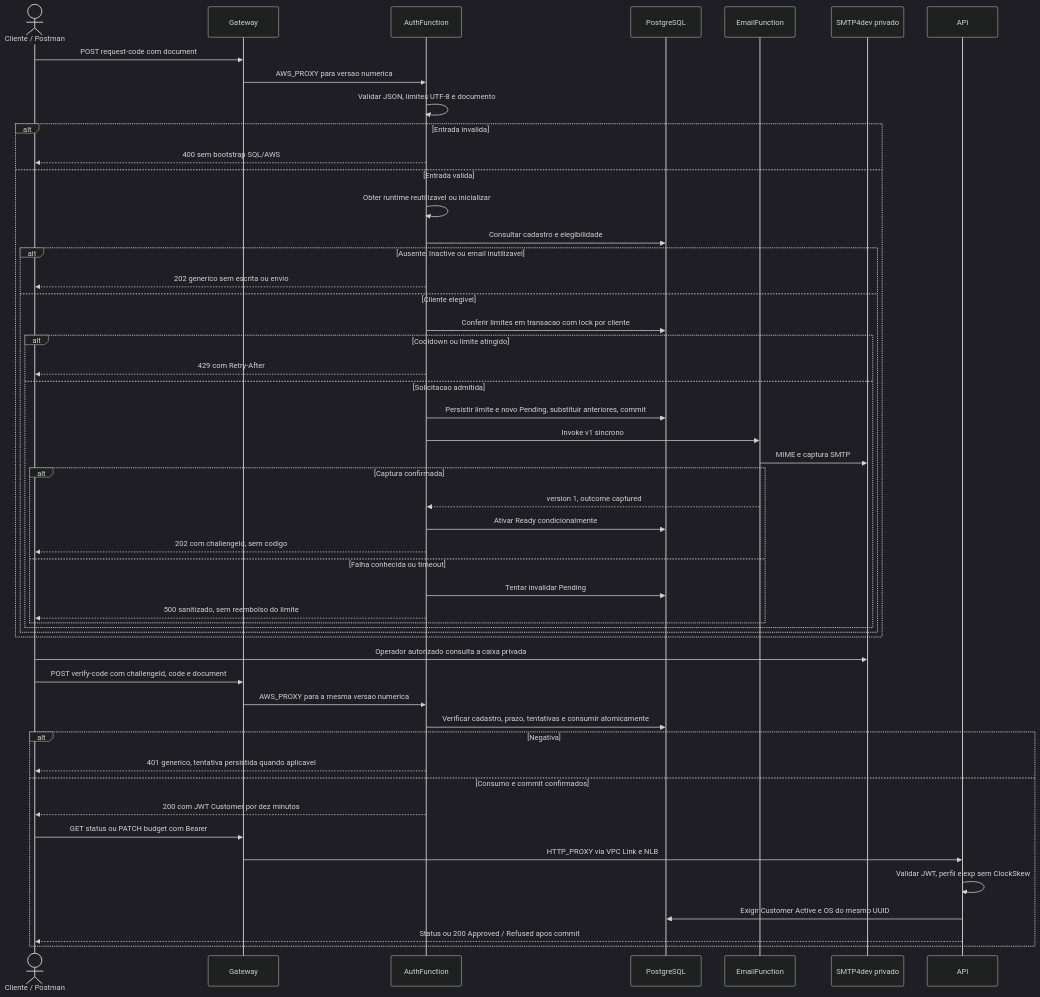
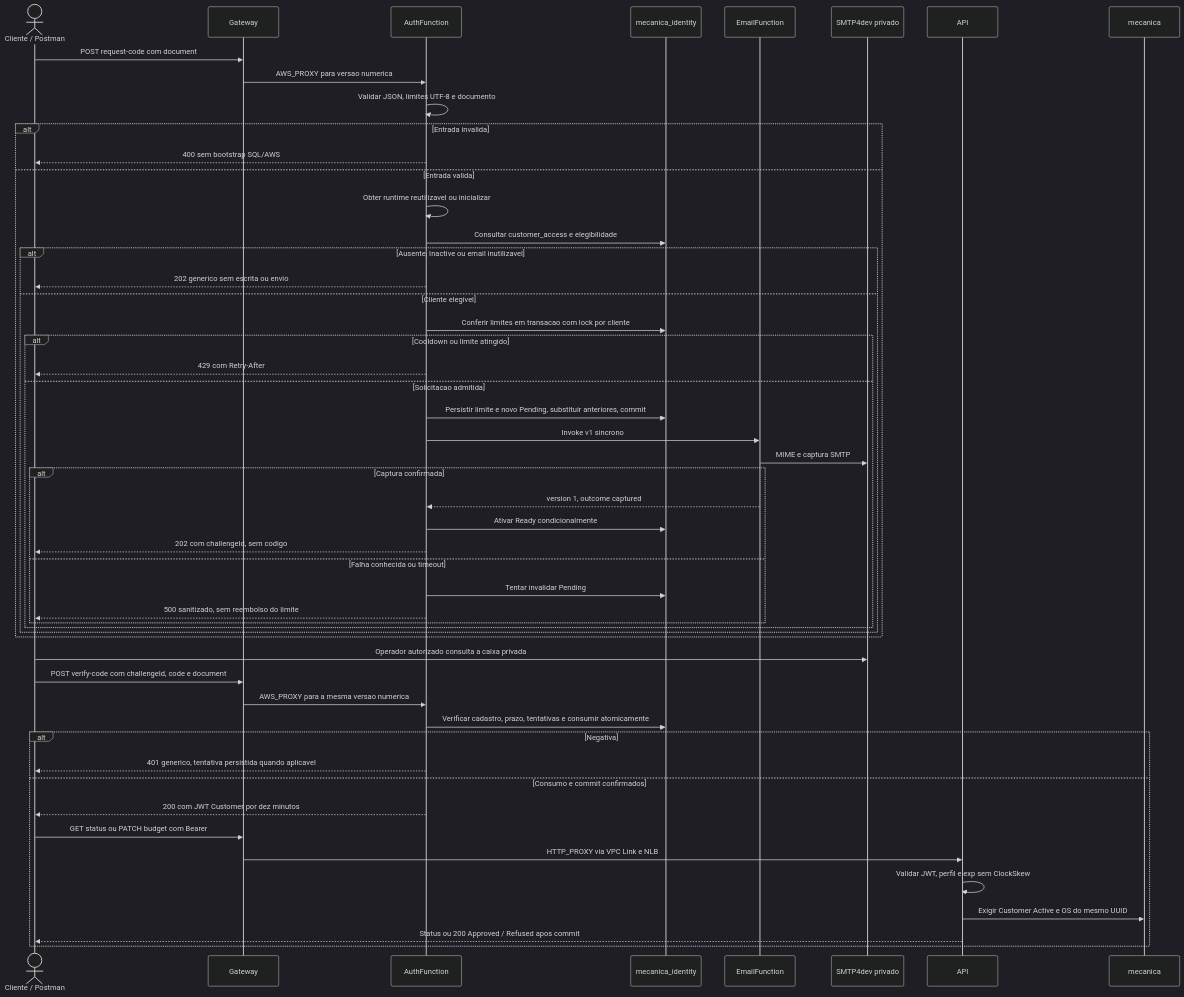
Before and after one commit to pknfelps/GerenciamentoMecanicaSistema: the diagram in docs/arquitetura/diagramas/VALIDACAO_CPF.md, drawn with Mermaid (dark theme). The commit also changed 31 other files, not shown here.

````diff
--- a/docs/arquitetura/diagramas/VALIDACAO_CPF.md
+++ b/docs/arquitetura/diagramas/VALIDACAO_CPF.md
@@ -3,53 +3,54 @@
 ```mermaid
 sequenceDiagram
     actor C as Cliente / Postman
     participant G as Gateway
     participant F as AuthFunction
-    participant D as PostgreSQL
+    participant D as mecanica_identity
     participant E as EmailFunction
     participant S as SMTP4dev privado
     participant A as API
+    participant O as mecanica
     C->>G: POST request-code com document
     G->>F: AWS_PROXY para versao numerica
     F->>F: Validar JSON, limites UTF-8 e documento
     alt Entrada invalida
         F-->>C: 400 sem bootstrap SQL/AWS
     else Entrada valida
         F->>F: Obter runtime reutilizavel ou inicializar
-        F->>D: Consultar cadastro e elegibilidade
+        F->>D: Consultar customer_access e elegibilidade
         alt Ausente, Inactive ou email inutilizavel
             F-->>C: 202 generico sem escrita ou envio
         else Cliente elegivel
             F->>D: Conferir limites em transacao com lock por cliente
             alt Cooldown ou limite atingido
                 F-->>C: 429 com Retry-After
             else Solicitacao admitida
                 F->>D: Persistir limite e novo Pending, substituir anteriores, commit
                 F->>E: Invoke v1 sincrono
                 E->>S: MIME e captura SMTP
                 alt Captura confirmada
                     E-->>F: version 1, outcome captured
                     F->>D: Ativar Ready condicionalmente
                     F-->>C: 202 com challengeId, sem codigo
                 else Falha conhecida ou timeout
                     F->>D: Tentar invalidar Pending
                     F-->>C: 500 sanitizado, sem reembolso do limite
                 end
             end
         end
     end
     C->>S: Operador autorizado consulta a caixa privada
     C->>G: POST verify-code com challengeId, code e document
     G->>F: AWS_PROXY para a mesma versao numerica
     F->>D: Verificar cadastro, prazo, tentativas e consumir atomicamente
     alt Negativa
         F-->>C: 401 generico, tentativa persistida quando aplicavel
     else Consumo e commit confirmados
         F-->>C: 200 com JWT Customer por dez minutos
         C->>G: GET status ou PATCH budget com Bearer
         G->>A: HTTP_PROXY via VPC Link e NLB
         A->>A: Validar JWT, perfil e exp sem ClockSkew
-        A->>D: Exigir Customer Active e OS do mesmo UUID
+        A->>O: Exigir Customer Active e OS do mesmo UUID
         A-->>C: Status ou 200 Approved / Refused apos commit
     end
 ```
````
